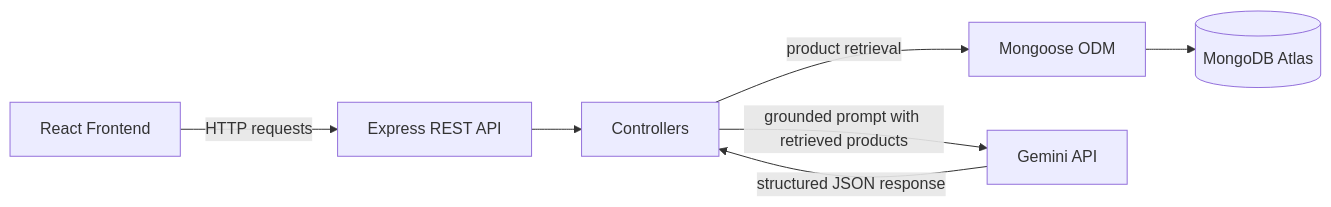
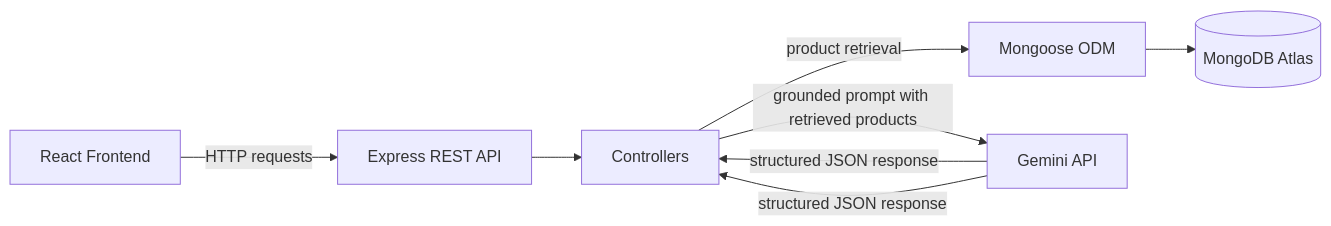
Before and after one commit to Srinivas-KR-Dev/ecommerce-backend-mongodb: the diagram in README.md, drawn with Mermaid.

Commit message:
fix: correct flowchart in README to accurately represent structured JSON response from Gemini API

````diff
--- a/README.md
+++ b/README.md
@@ -207,9 +207,10 @@
 ```mermaid
 flowchart LR
     A[React Frontend] -->|HTTP requests| B[Express REST API]
     B --> C[Controllers]
     C -->|product retrieval| D[Mongoose ODM]
     D --> E[(MongoDB Atlas)]
     C -->|grounded prompt with retrieved products| F[Gemini API]
     F -->|structured JSON response| C
+    F -->|structured JSON response| C
 ```
````
